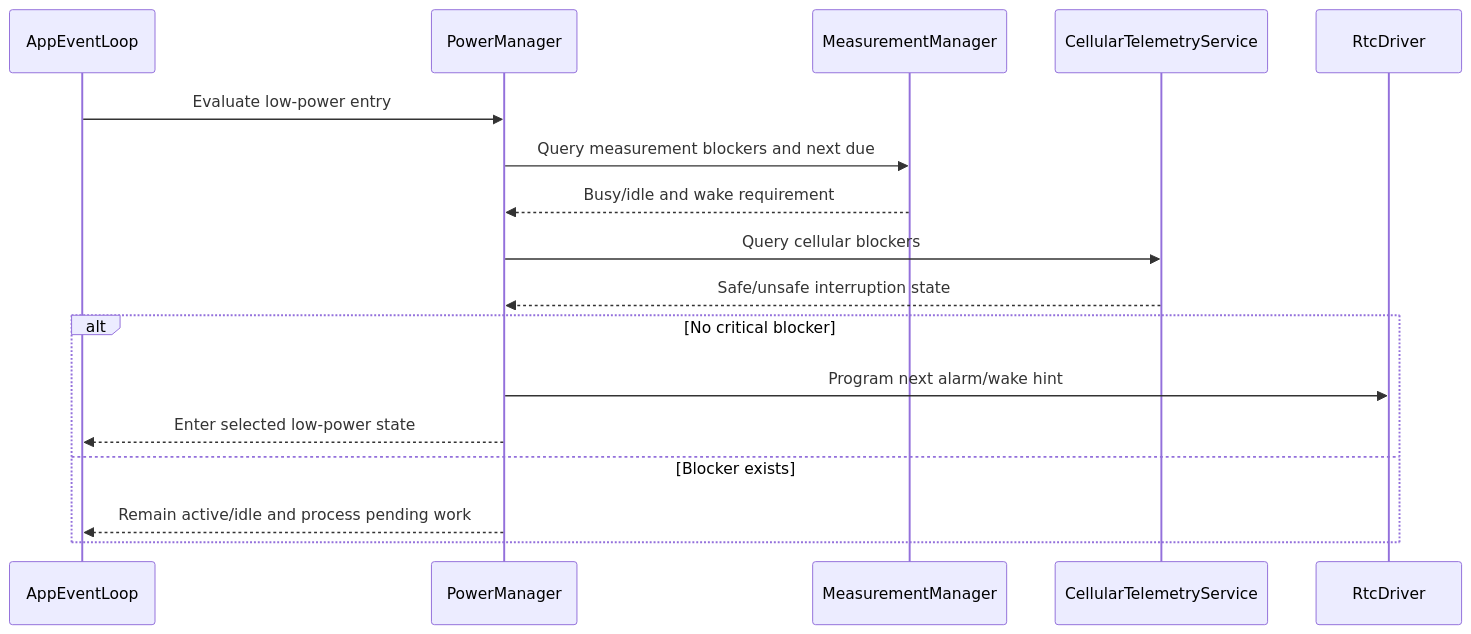
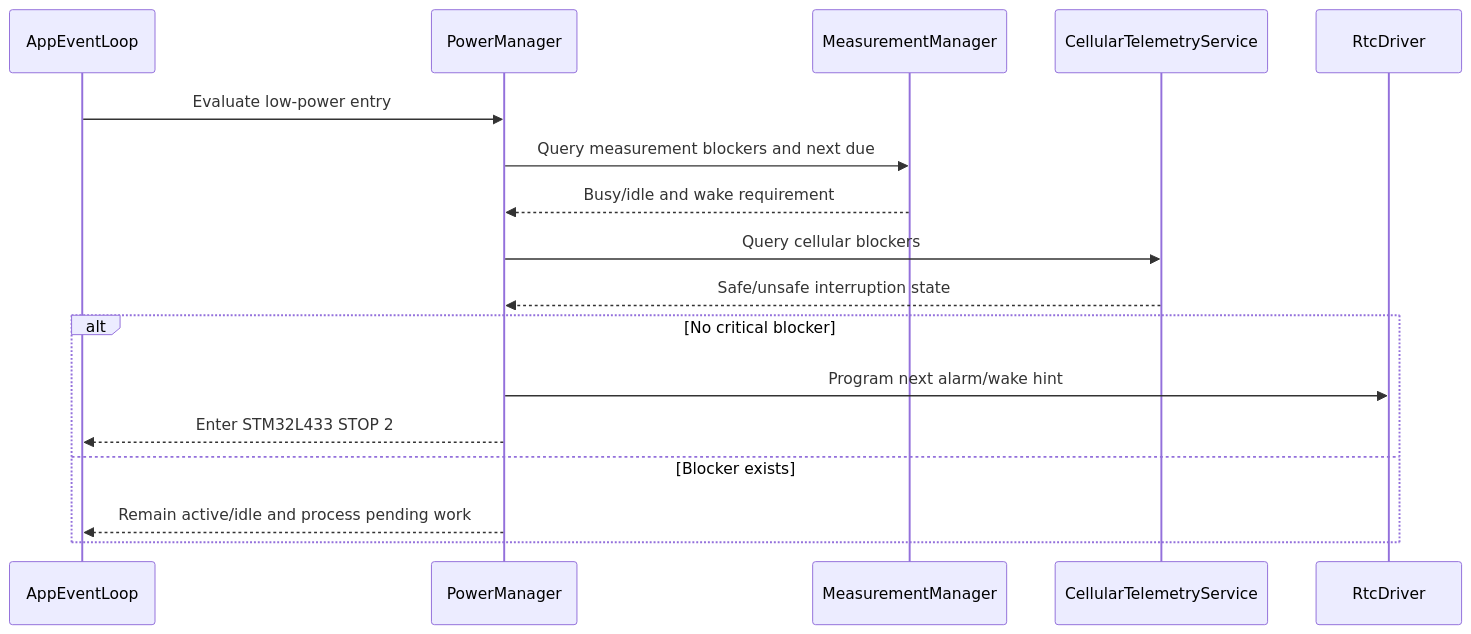
One commit to whoisLePhuc/smart-water-flow-pressure-monitor changed diagram 22 of 27 in 1.docs/00_overview/05_sequence_diagrams.md. Above: the diagram before and after it, drawn with Mermaid. The commit also changed other lines of this file and 15 other files, not shown here.

````diff
--- a/1.docs/00_overview/05_sequence_diagrams.md
+++ b/1.docs/00_overview/05_sequence_diagrams.md
@@ -750,20 +750,20 @@
 ```mermaid
 sequenceDiagram
     participant EL as AppEventLoop
     participant PM as PowerManager
     participant MM as MeasurementManager
     participant CELL as CellularTelemetryService
     participant RTC as RtcDriver
 
     EL->>PM: Evaluate low-power entry
     PM->>MM: Query measurement blockers and next due
     MM-->>PM: Busy/idle and wake requirement
     PM->>CELL: Query cellular blockers
     CELL-->>PM: Safe/unsafe interruption state
     alt No critical blocker
         PM->>RTC: Program next alarm/wake hint
-        PM-->>EL: Enter selected low-power state
+        PM-->>EL: Enter STM32L433 STOP 2
     else Blocker exists
         PM-->>EL: Remain active/idle and process pending work
     end
 ```
````
